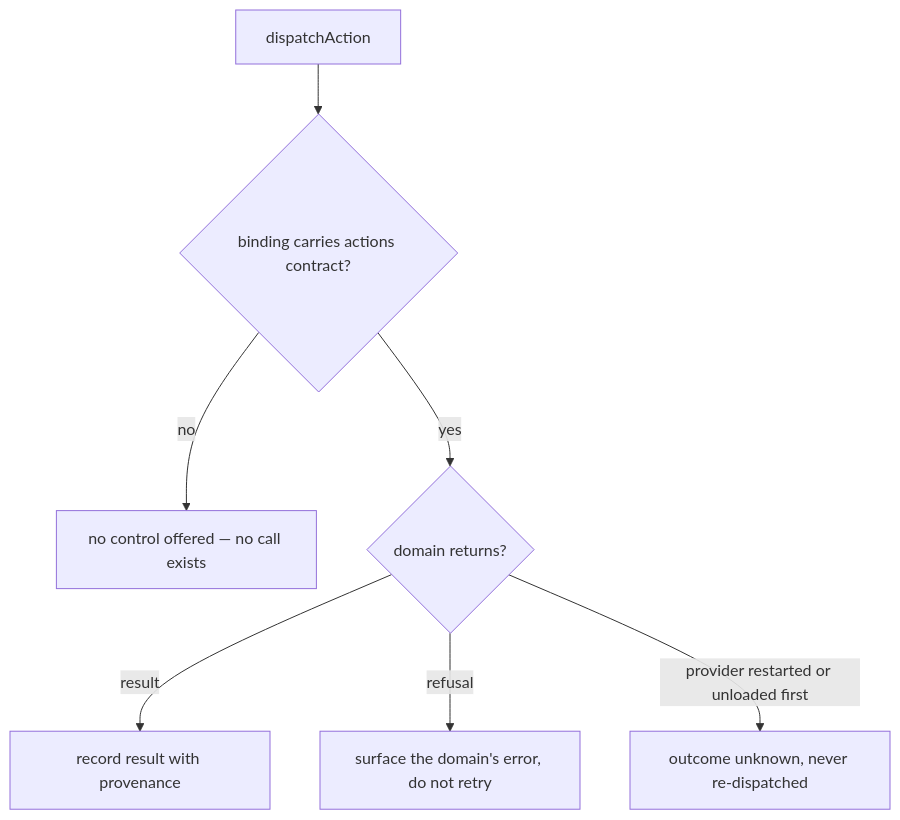
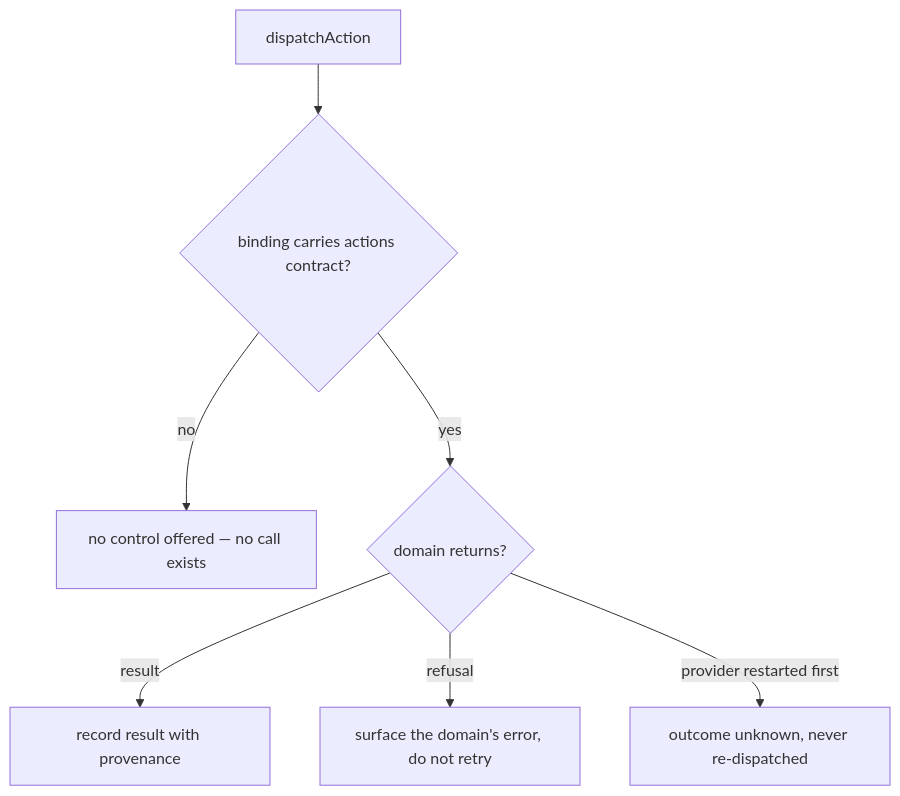
The third of 4 diagrams in packages/command-center/.agents/spec/integration/extension-contract/README.md (cyberuni/cyber-truss), drawn with Mermaid before and after one commit. The commit also changed other lines of this file, not shown here.

````diff
--- a/packages/command-center/.agents/spec/integration/extension-contract/README.md
+++ b/packages/command-center/.agents/spec/integration/extension-contract/README.md
@@ -171,9 +173,9 @@
 ```mermaid
 graph TD
   K[dispatchAction] --> L{binding carries actions contract?}
   L -->|no| M[no control offered — no call exists]
   L -->|yes| N{domain returns?}
   N -->|result| O[record result with provenance]
   N -->|refusal| P[surface the domain's error, do not retry]
-  N -->|provider restarted or unloaded first| Q[outcome unknown, never re-dispatched]
+  N -->|provider restarted first| Q[outcome unknown, never re-dispatched]
 ```
````
